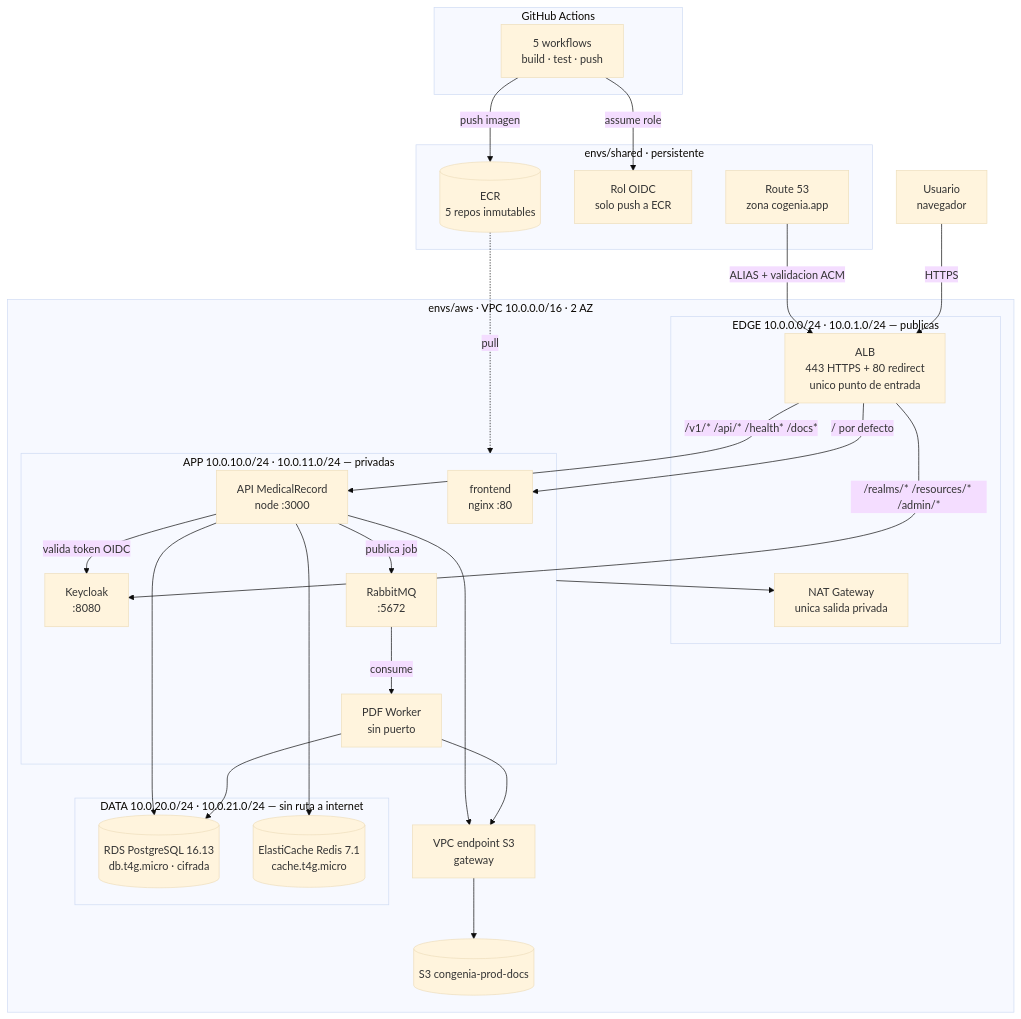
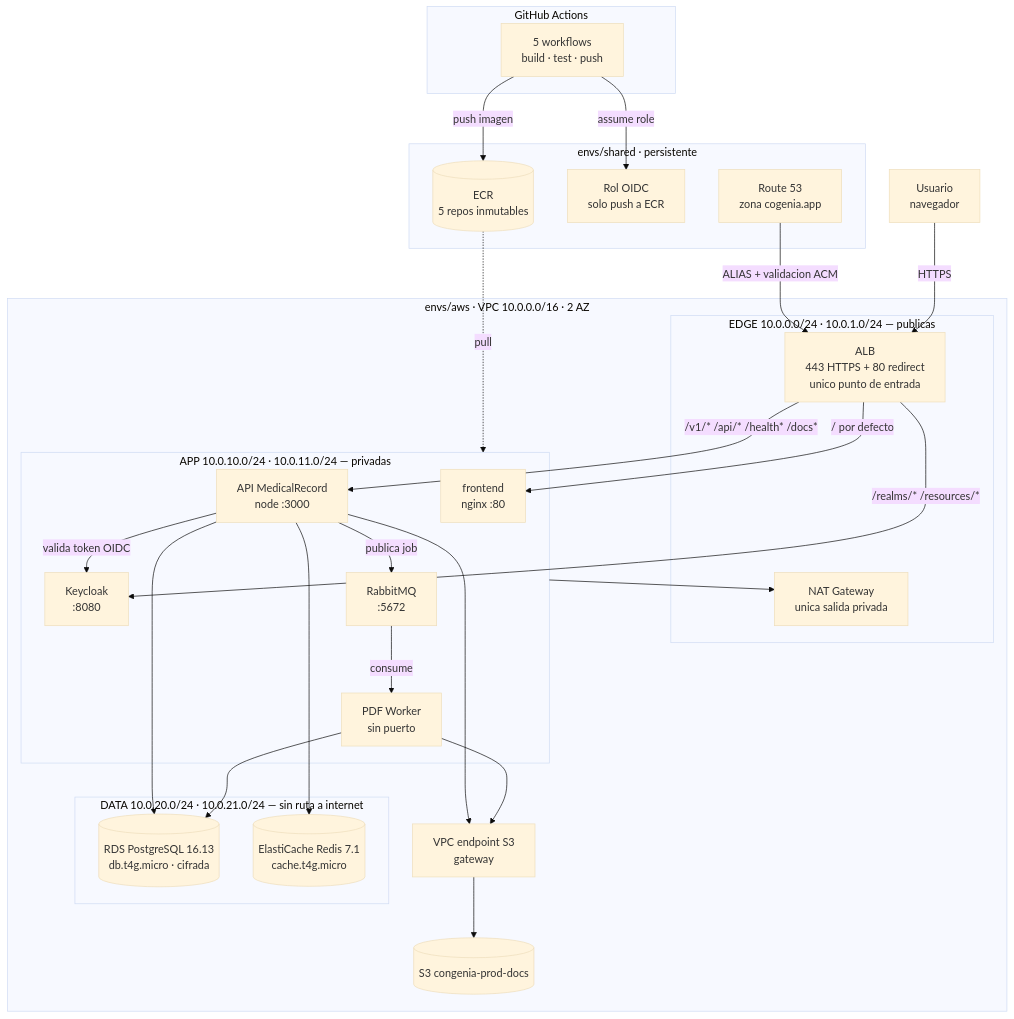
The diagram in docs/ARQUITECTURA.md (CONGENIAGT/CONGENIA-INFRA), drawn with Mermaid (base theme) before and after one commit. The commit also changed other lines of this file and 18 other files, not shown here.

First line of the commit message:
fix(edge): take the Keycloak admin console off the public ALB

````diff
--- a/docs/ARQUITECTURA.md
+++ b/docs/ARQUITECTURA.md
@@ -38,60 +38,60 @@
 ```mermaid
 flowchart TB
     user["Usuario<br/>navegador"]
 
     subgraph gh["GitHub Actions"]
         wf["5 workflows<br/>build · test · push"]
     end
 
     subgraph shared["envs/shared · persistente"]
         ecr[("ECR<br/>5 repos inmutables")]
         oidc["Rol OIDC<br/>solo push a ECR"]
         zone["Route 53<br/>zona cogenia.app"]
     end
 
     subgraph vpc["envs/aws · VPC 10.0.0.0/16 · 2 AZ"]
         subgraph edge["EDGE 10.0.0.0/24 · 10.0.1.0/24 — publicas"]
             alb["ALB<br/>443 HTTPS + 80 redirect<br/>unico punto de entrada"]
             nat["NAT Gateway<br/>unica salida privada"]
         end
 
         subgraph app["APP 10.0.10.0/24 · 10.0.11.0/24 — privadas"]
             fe["frontend<br/>nginx :80"]
             api["API MedicalRecord<br/>node :3000"]
             kc["Keycloak<br/>:8080"]
             mq["RabbitMQ<br/>:5672"]
             worker["PDF Worker<br/>sin puerto"]
         end
 
         subgraph data["DATA 10.0.20.0/24 · 10.0.21.0/24 — sin ruta a internet"]
             pg[("RDS PostgreSQL 16.13<br/>db.t4g.micro · cifrada")]
             redis[("ElastiCache Redis 7.1<br/>cache.t4g.micro")]
         end
 
         s3gw["VPC endpoint S3<br/>gateway"]
         s3[("S3 congenia-prod-docs")]
     end
 
     wf -->|"assume role"| oidc
     wf -->|"push imagen"| ecr
     ecr -.->|"pull"| app
     zone -->|"ALIAS + validacion ACM"| alb
 
     user -->|"HTTPS"| alb
     alb -->|"/ por defecto"| fe
     alb -->|"/v1/* /api/* /health* /docs*"| api
-    alb -->|"/realms/* /resources/* /admin/*"| kc
+    alb -->|"/realms/* /resources/*"| kc
 
     api --> pg
     api --> redis
     api -->|"valida token OIDC"| kc
     api -->|"publica job"| mq
     mq -->|"consume"| worker
     worker --> pg
 
     api --> s3gw
     worker --> s3gw
     s3gw --> s3
 
     app --> nat
 ```
````
